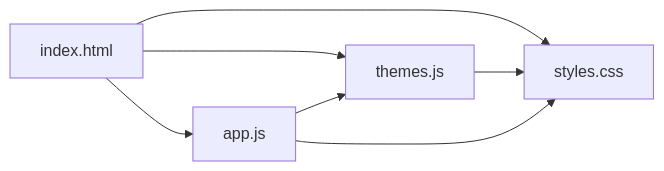
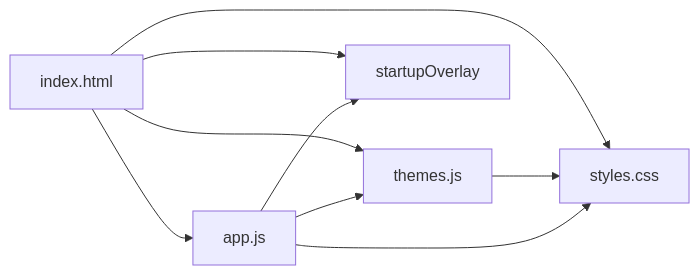
One commit to swond-Mao/Tiffa changed the sixth of 8 diagrams in .qoder/repowiki/zh/content/核心架构/Electron应用架构.md. Above: the diagram before and after it, drawn with Mermaid. The commit also changed other lines of this file and 359 other files, not shown here.

````diff
--- a/.qoder/repowiki/zh/content/核心架构/Electron应用架构.md
+++ b/.qoder/repowiki/zh/content/核心架构/Electron应用架构.md
@@ -245,9 +282,11 @@
 ```mermaid
 graph LR
 H["index.html"] --> S["styles.css"]
 H --> T["themes.js"]
 H --> A["app.js"]
+H --> O["startupOverlay"]
 T --> S
 A --> S
 A --> T
+A --> O
 ```
````
